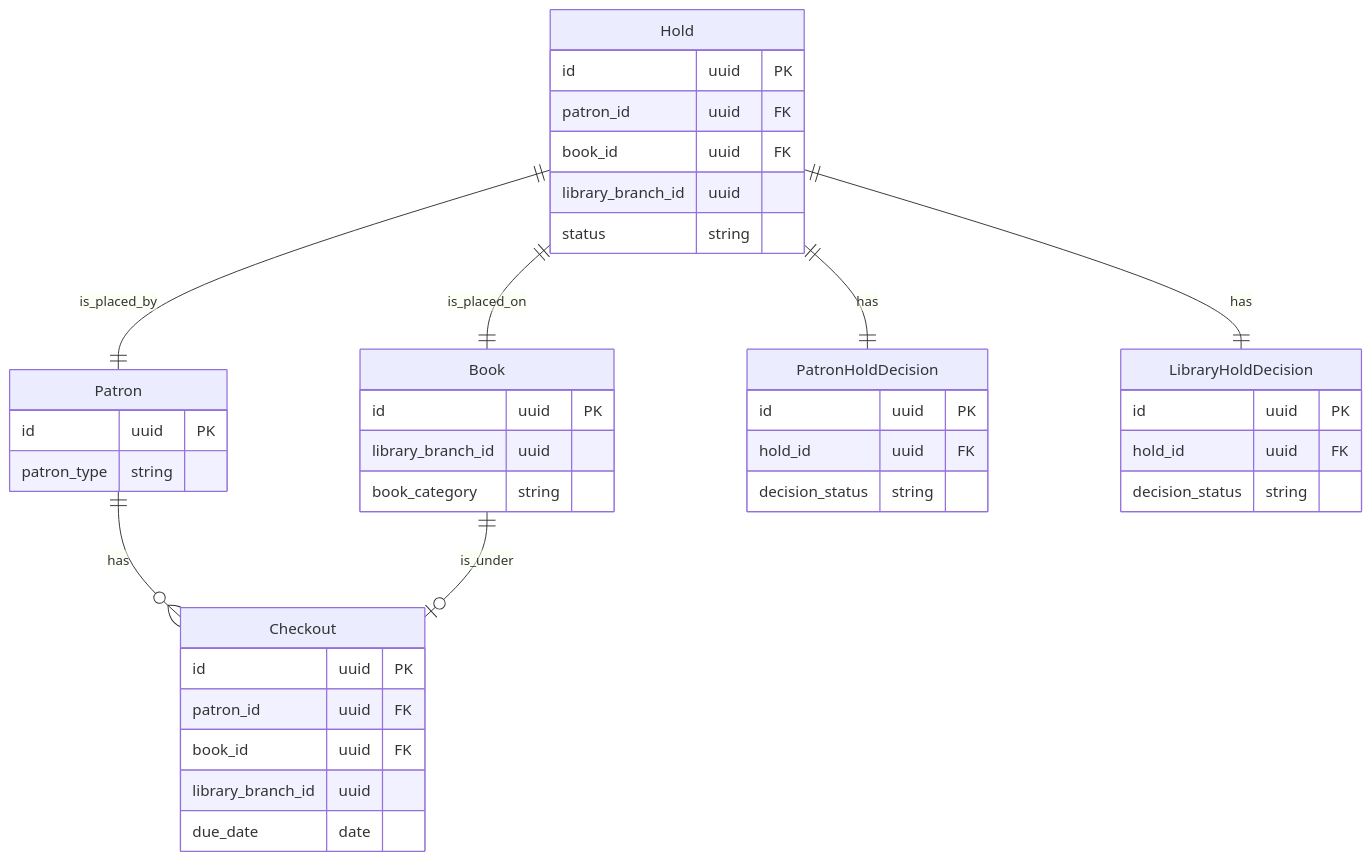
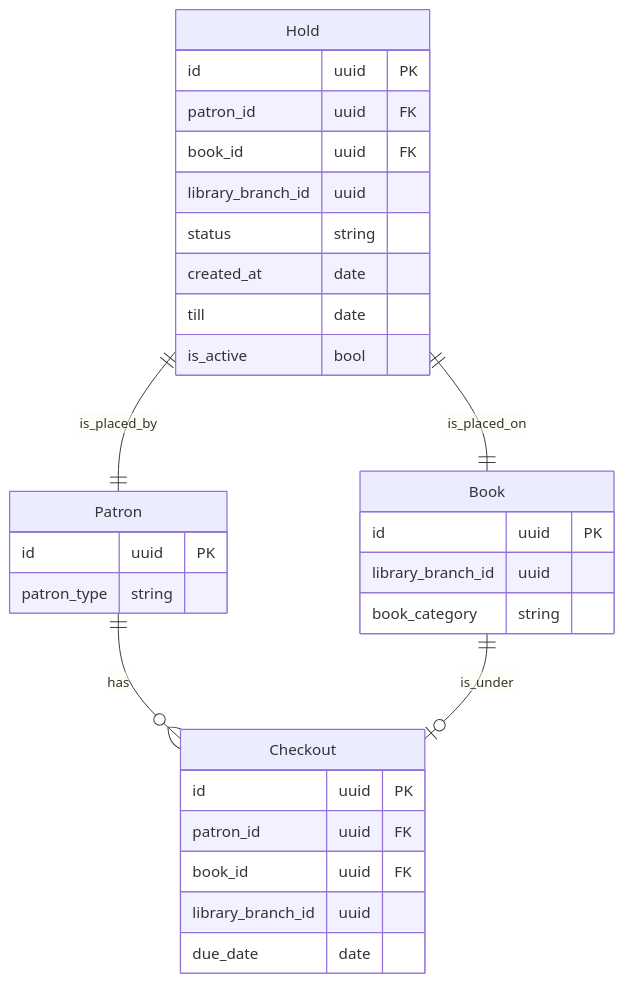
One commit to lukaszdobrzynski/Library changed the diagram in Database/Library.Database.Migrator/Schemas/reservations.mermaid. Above: the diagram before and after it, drawn with Mermaid.

Commit message:
update reservations schema diagram

```diff
--- a/Database/Library.Database.Migrator/Schemas/reservations.mermaid
+++ b/Database/Library.Database.Migrator/Schemas/reservations.mermaid
@@ -1,47 +1,36 @@
 erDiagram
         
     Patron {
         id uuid PK
         patron_type string
     }
     
     Book {
         id uuid PK
         library_branch_id uuid
         book_category string
     }
     
     Hold {
         id uuid PK
         patron_id uuid FK
         book_id uuid FK
         library_branch_id uuid
         status string
-    }
-    
-    PatronHoldDecision {
-        id uuid PK
-        hold_id uuid FK
-        decision_status string
-    }
-    
-    LibraryHoldDecision {
-        id uuid PK
-        hold_id uuid FK
-        decision_status string
+        created_at date
+        till date
+        is_active bool
     }
     
     Checkout {
         id uuid PK
         patron_id uuid FK
         book_id uuid FK
         library_branch_id uuid
         due_date date
     }
     
-    Hold || -- || LibraryHoldDecision : has
-    Hold || -- || PatronHoldDecision: has
     Hold || -- || Patron: is_placed_by
     Hold || -- || Book: is_placed_on
     Patron || -- o{ Checkout: has
     Book || -- o| Checkout: is_under   
```
